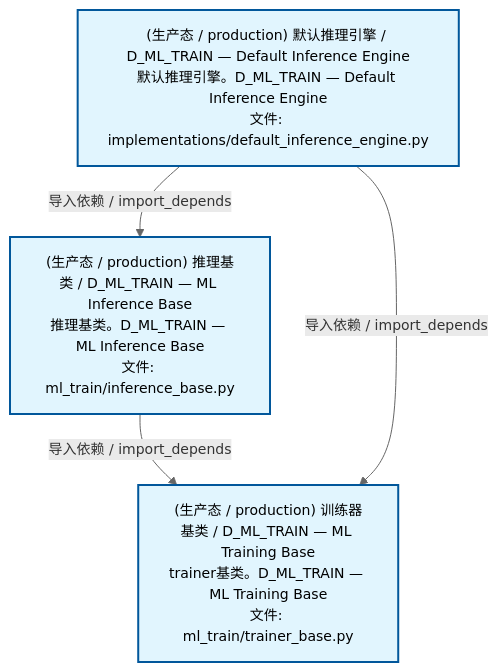
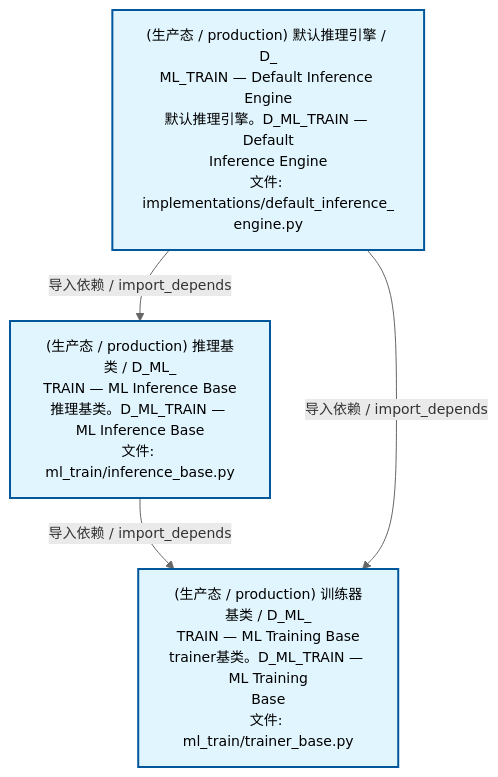
One commit to xuanFelixVan/ZephyrAlpha changed the second of 4 diagrams in docs/02_enterprise_architecture/02_domain_architecture_docs/61_d_ml_train.md. Above: the diagram before and after it, drawn with Mermaid. The commit also changed other lines of this file and 59 other files, not shown here.

````diff
--- a/docs/02_enterprise_architecture/02_domain_architecture_docs/61_d_ml_train.md
+++ b/docs/02_enterprise_architecture/02_domain_architecture_docs/61_d_ml_train.md
@@ -99,15 +99,15 @@
 ```mermaid
 %%{init: {'theme': 'base', 'themeVariables': {'primaryColor': '#eaeaea', 'primaryTextColor': '#333333', 'primaryBorderColor': '#666666', 'lineColor': '#666666', 'secondaryColor': '#eaeaea', 'tertiaryColor': '#eaeaea', 'fontSize': '14px'}}}%%
 flowchart TD
-    src_zephyr_ml_train_implementations_default_inference_engine_py["(生产态 / production) 默认推理引擎 / D_ML_TRAIN — Default Inference Engine<br/>默认推理引擎。D_ML_TRAIN — Default Inference Engine<br/>文件: implementations/default_inference_engine.py"]
-    src_zephyr_ml_train_inference_base_py["(生产态 / production) 推理基类 / D_ML_TRAIN — ML Inference Base<br/>推理基类。D_ML_TRAIN — ML Inference Base<br/>文件: ml_train/inference_base.py"]
-    src_zephyr_ml_train_trainer_base_py["(生产态 / production) 训练器基类 / D_ML_TRAIN — ML Training Base<br/>trainer基类。D_ML_TRAIN — ML Training Base<br/>文件: ml_train/trainer_base.py"]
+    src_zephyr_ml_train_implementations_default_inference_engine_py["(生产态 / production) 默认推理引擎 / D_<br/>ML_TRAIN — Default Inference Engine<br/>默认推理引擎。D_ML_TRAIN — Default<br/>Inference Engine<br/>文件: implementations/default_inference_<br/>engine.py"]
+    src_zephyr_ml_train_inference_base_py["(生产态 / production) 推理基类 / D_ML_<br/>TRAIN — ML Inference Base<br/>推理基类。D_ML_TRAIN — ML Inference Base<br/>文件: ml_train/inference_base.py"]
+    src_zephyr_ml_train_trainer_base_py["(生产态 / production) 训练器基类 / D_ML_<br/>TRAIN — ML Training Base<br/>trainer基类。D_ML_TRAIN — ML Training<br/>Base<br/>文件: ml_train/trainer_base.py"]
     src_zephyr_ml_train_inference_base_py -->|导入依赖 / import_depends| src_zephyr_ml_train_trainer_base_py
     src_zephyr_ml_train_implementations_default_inference_engine_py -->|导入依赖 / import_depends| src_zephyr_ml_train_inference_base_py
     src_zephyr_ml_train_implementations_default_inference_engine_py -->|导入依赖 / import_depends| src_zephyr_ml_train_trainer_base_py
     classDef production fill:#e1f5fe,stroke:#01579b,stroke-width:2px,color:#000
     classDef design fill:#fff3e0,stroke:#e65100,stroke-width:2px,color:#000,stroke-dasharray: 5 5
     classDef external_prod fill:#e8f4fd,stroke:#0277bd,stroke-width:1px,color:#000
     classDef external_design fill:#fff8e7,stroke:#ef6c00,stroke-width:1px,color:#000,stroke-dasharray: 5 5
     class src_zephyr_ml_train_implementations_default_inference_engine_py,src_zephyr_ml_train_inference_base_py,src_zephyr_ml_train_trainer_base_py production
 ```
````
